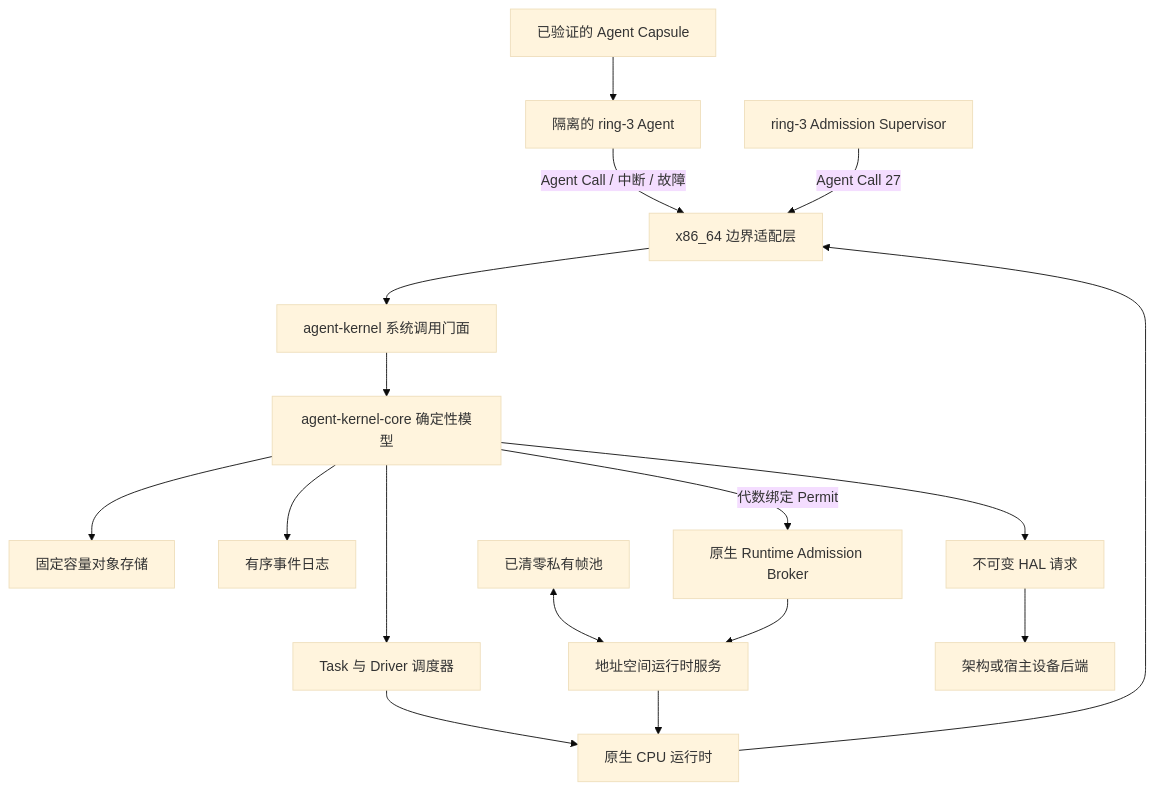
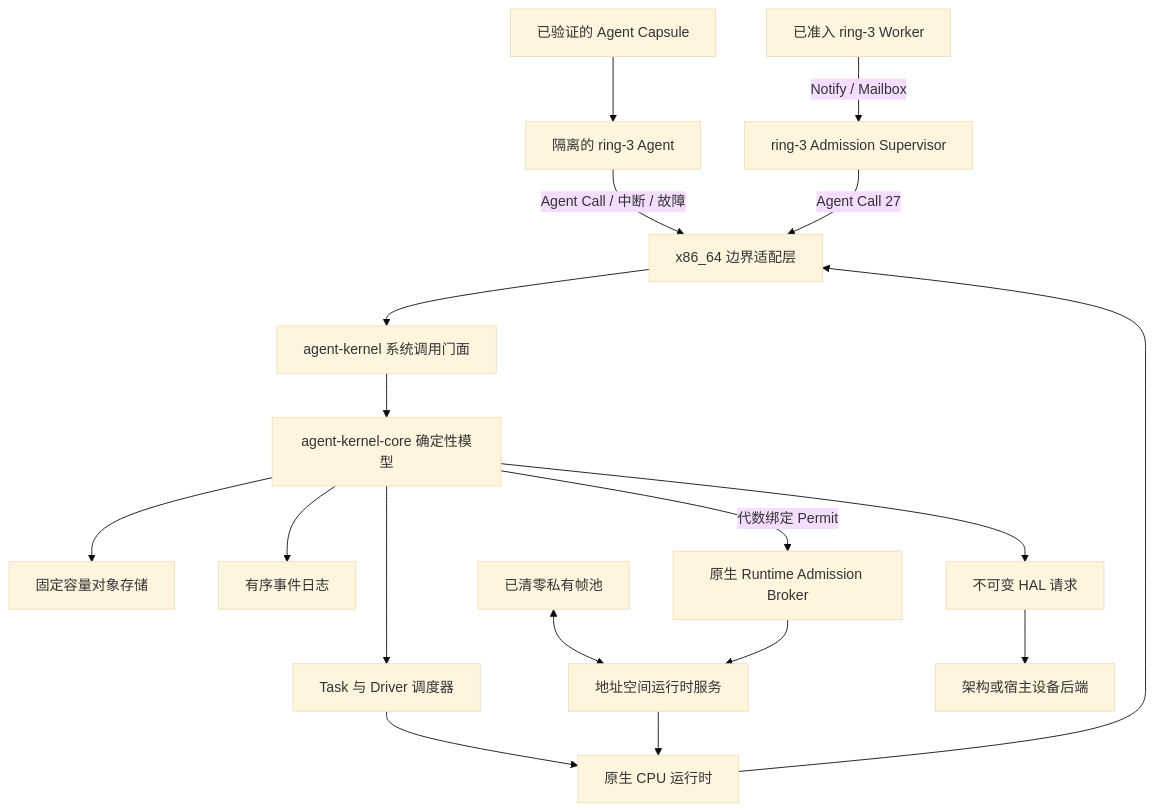
The diagram in README.zh-CN.md (Evan-master/agent-kernel), drawn with Mermaid (base theme) before and after one commit. The commit also changed other lines of this file and 3 other files, not shown here.

````diff
--- a/README.zh-CN.md
+++ b/README.zh-CN.md
@@ -119,19 +125,20 @@
 ```mermaid
 flowchart TB
     Capsule["已验证的 Agent Capsule"] --> Ring3["隔离的 ring-3 Agent"]
     Ring3 -->|"Agent Call / 中断 / 故障"| X86["x86_64 边界适配层"]
     X86 --> Facade["agent-kernel 系统调用门面"]
     Facade --> Core["agent-kernel-core 确定性模型"]
     Core --> Stores["固定容量对象存储"]
     Core --> Events["有序事件日志"]
     Core --> Scheduler["Task 与 Driver 调度器"]
     Scheduler --> Runtime["原生 CPU 运行时"]
     Runtime --> X86
     FramePool["已清零私有帧池"] <--> AddressService["地址空间运行时服务"]
     Broker["原生 Runtime Admission Broker"] --> AddressService
     Core -->|"代数绑定 Permit"| Broker
     AddressService --> Runtime
     Core --> HAL["不可变 HAL 请求"]
     HAL --> Device["架构或宿主设备后端"]
     Supervisor["ring-3 Admission Supervisor"] -->|"Agent Call 27"| X86
+    Workers["已准入 ring-3 Worker"] -->|"Notify / Mailbox"| Supervisor
 ```
````
